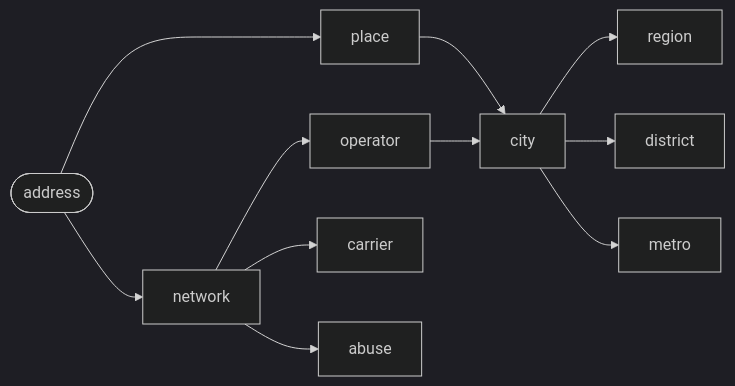
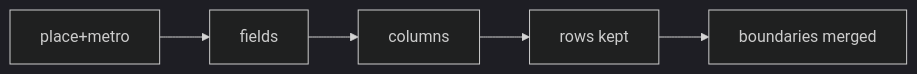
The second of 5 diagrams in builder/README.md (tn3w/plevin), drawn with Mermaid (dark theme) before and after one commit. The commit also changed other lines of this file and 45 other files, not shown here.

````diff
--- a/builder/README.md
+++ b/builder/README.md
@@ -118,11 +55,4 @@
 ```mermaid
 flowchart LR
-    A([address]) --> P[place]
-    A --> N[network]
-    P --> C[city] --> R[region]
-    C --> D[district]
-    C --> M[metro]
-    N --> O[operator] --> C
-    N --> K[carrier]
-    N --> B[abuse]
+    T["place+metro"] --> F[fields] --> C[columns] --> R[rows kept] --> B[boundaries merged]
 ```
````
